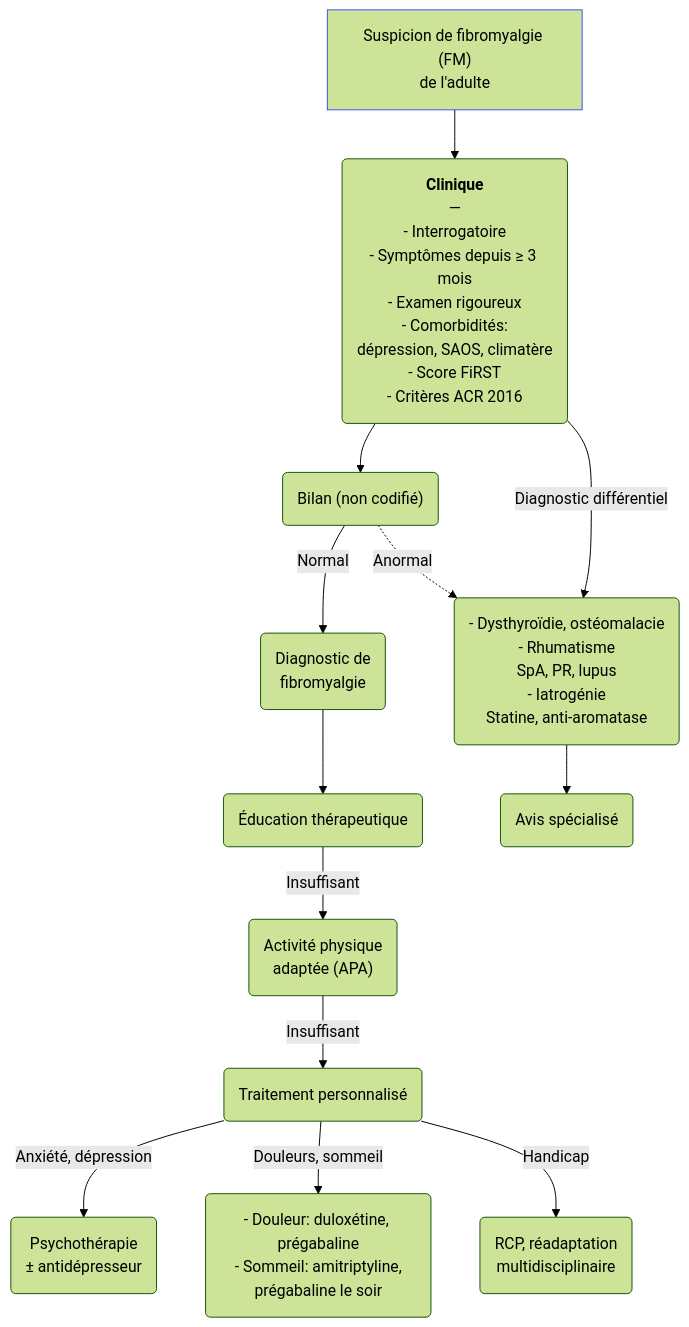
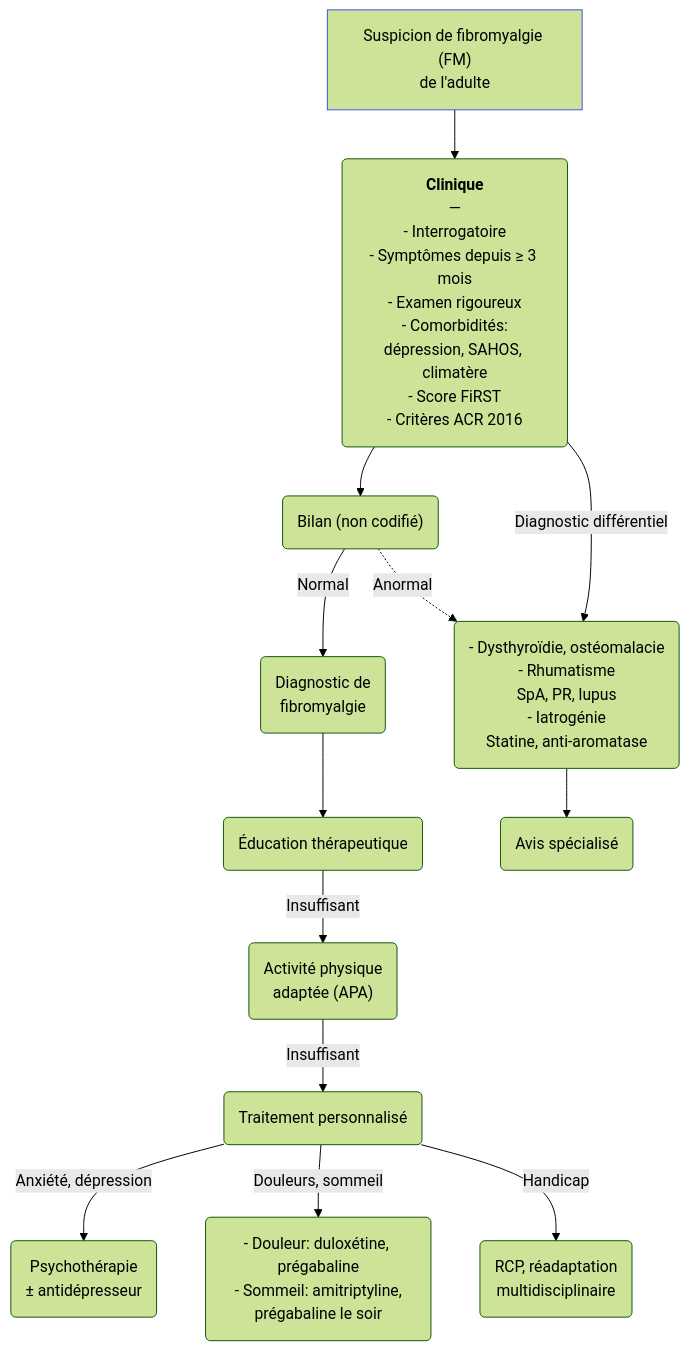
One commit to djibe/recommandations-medicales changed the diagram in content/recommandations/fibromyalgie.md. Above: the diagram before and after it, drawn with Mermaid (forest theme). The commit also changed 35 other files, not shown here.

```diff
--- a/content/recommandations/fibromyalgie.md
+++ b/content/recommandations/fibromyalgie.md
@@ -262,11 +262,11 @@
 {{< mermaid title="Prise en charge de la fibromyalgie. Dr JB Fron d'après Inserm, EULAR" >}}
 graph TB
-  fibromyalgie["Suspicion de fibromyalgie (FM)<br>de l'adulte"] --> clinique("<b>Clinique</b><br>—<br>- Interrogatoire<br>- Symptômes depuis ≥ 3 mois<br>- Examen rigoureux<br>- Comorbidités:<br>dépression, SAOS, climatère<br>- Score FiRST<br>- Critères ACR 2016")
+  fibromyalgie["Suspicion de fibromyalgie (FM)<br>de l'adulte"] --> clinique("<b>Clinique</b><br>—<br>- Interrogatoire<br>- Symptômes depuis ≥ 3 mois<br>- Examen rigoureux<br>- Comorbidités:<br>dépression, SAHOS, climatère<br>- Score FiRST<br>- Critères ACR 2016")
   style fibromyalgie stroke:#4150f5, stroke-width:1px
     clinique --> bilan("Bilan (non codifié)") -- Normal --> diagnostic("Diagnostic de<br>fibromyalgie") --> ETP(Éducation thérapeutique) -- Insuffisant --> APA("Activité physique<br>adaptée (APA)") -- Insuffisant --> individualisé(Traitement personnalisé)
       individualisé -- "Anxiété, dépression" --> psycho("Psychothérapie<br>± antidépresseur")
       individualisé -- "Douleurs, sommeil" --> médicamenteux("- Douleur: duloxétine, prégabaline<br>- Sommeil: amitriptyline,<br>prégabaline le soir")
       individualisé -- Handicap --> readaptation("RCP, réadaptation<br>multidisciplinaire")
       bilan -. Anormal .-> différentiel
     clinique -- Diagnostic différentiel --> différentiel("- Dysthyroïdie, ostéomalacie<br>- Rhumatisme<br>SpA, PR, lupus<br>- Iatrogénie<br>Statine, anti-aromatase") --> specialiste(Avis spécialisé)
 {{< /mermaid >}}
```
